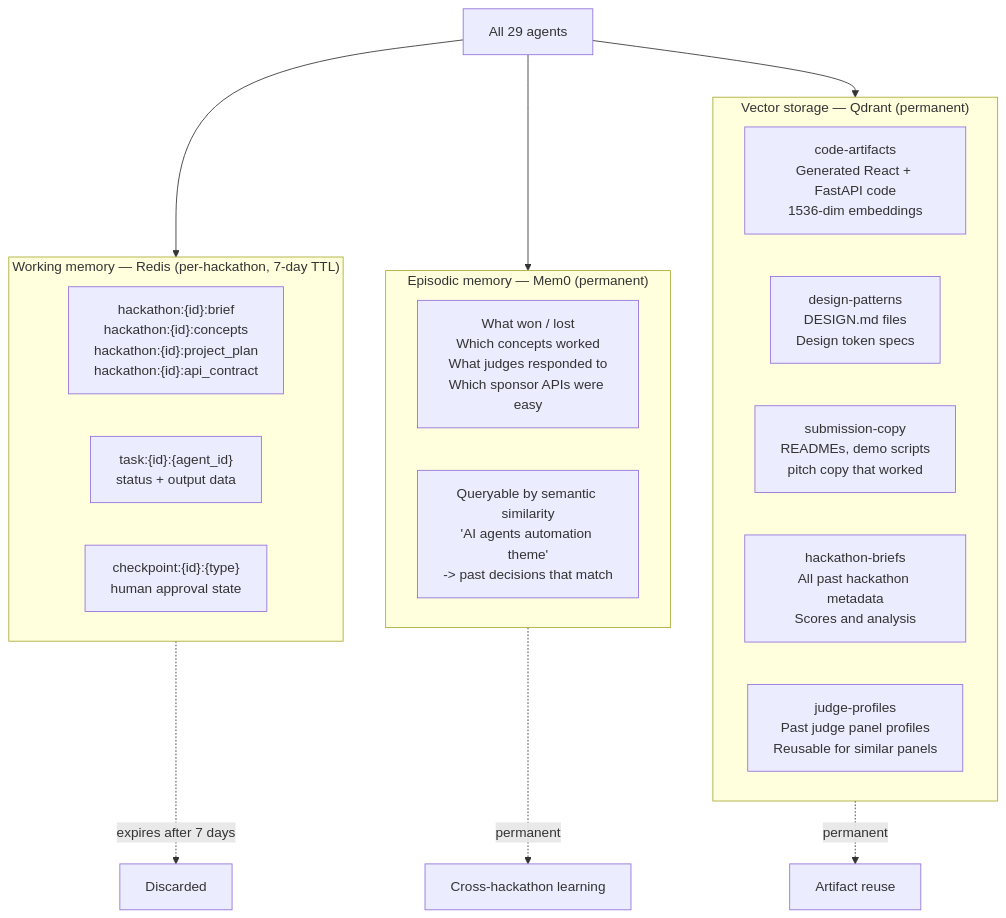
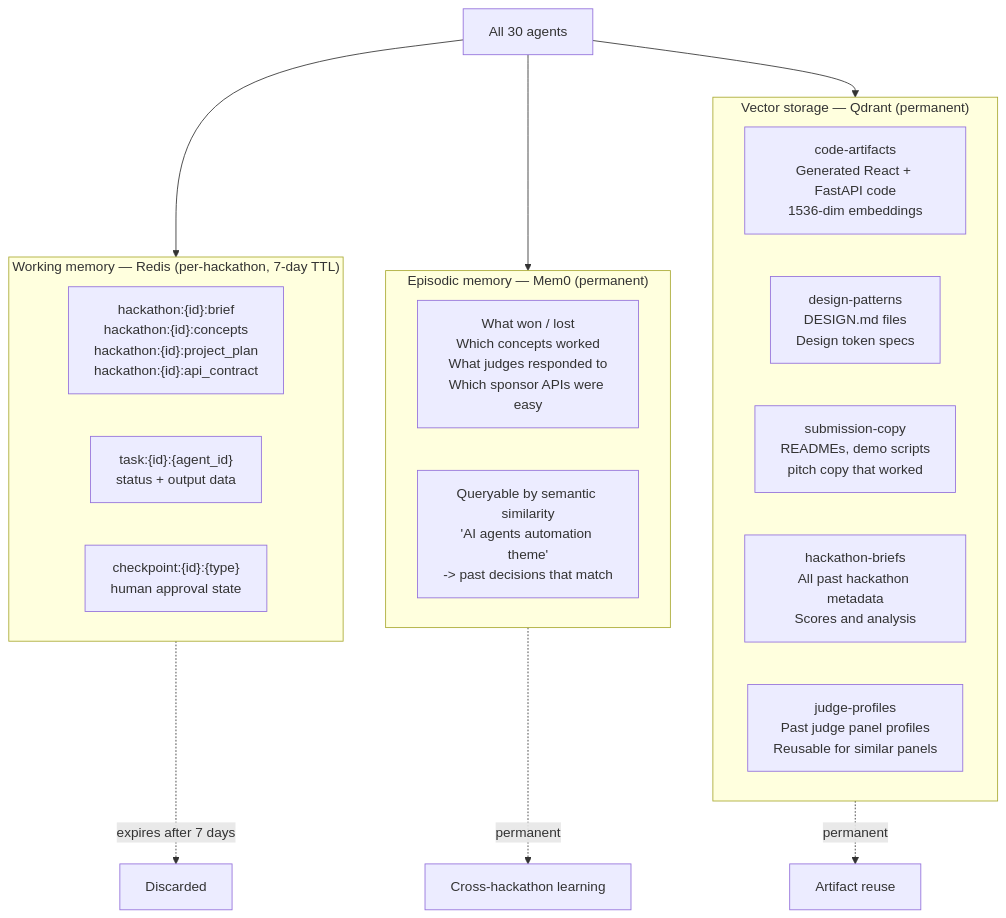
Before and after one commit to snowby666/forge: the first of 3 diagrams in docs/06-memory-system.md, drawn with Mermaid. The commit also changed 17 other files, not shown here.

````diff
--- a/docs/06-memory-system.md
+++ b/docs/06-memory-system.md
@@ -9,28 +9,28 @@
 ```mermaid
 graph TB
     subgraph WORKING["Working memory — Redis (per-hackathon, 7-day TTL)"]
         R1["hackathon:{id}:brief\nhackathon:{id}:concepts\nhackathon:{id}:project_plan\nhackathon:{id}:api_contract"]
         R2["task:{id}:{agent_id}\nstatus + output data"]
         R3["checkpoint:{id}:{type}\nhuman approval state"]
     end
 
     subgraph EPISODIC["Episodic memory — Mem0 (permanent)"]
         M1["What won / lost\nWhich concepts worked\nWhat judges responded to\nWhich sponsor APIs were easy"]
         M2["Queryable by semantic similarity\n'AI agents automation theme'\n-> past decisions that match"]
     end
 
     subgraph VECTOR["Vector storage — Qdrant (permanent)"]
         Q1["code-artifacts\nGenerated React + FastAPI code\n1536-dim embeddings"]
         Q2["design-patterns\nDESIGN.md files\nDesign token specs"]
         Q3["submission-copy\nREADMEs, demo scripts\npitch copy that worked"]
         Q4["hackathon-briefs\nAll past hackathon metadata\nScores and analysis"]
         Q5["judge-profiles\nPast judge panel profiles\nReusable for similar panels"]
     end
 
-    AGENTS["All 29 agents"] --> WORKING
+    AGENTS["All 30 agents"] --> WORKING
     AGENTS --> EPISODIC
     AGENTS --> VECTOR
     WORKING -.->|expires after 7 days| GONE["Discarded"]
     EPISODIC -.->|permanent| LEARN["Cross-hackathon learning"]
     VECTOR -.->|permanent| REUSE["Artifact reuse"]
 ```
````
